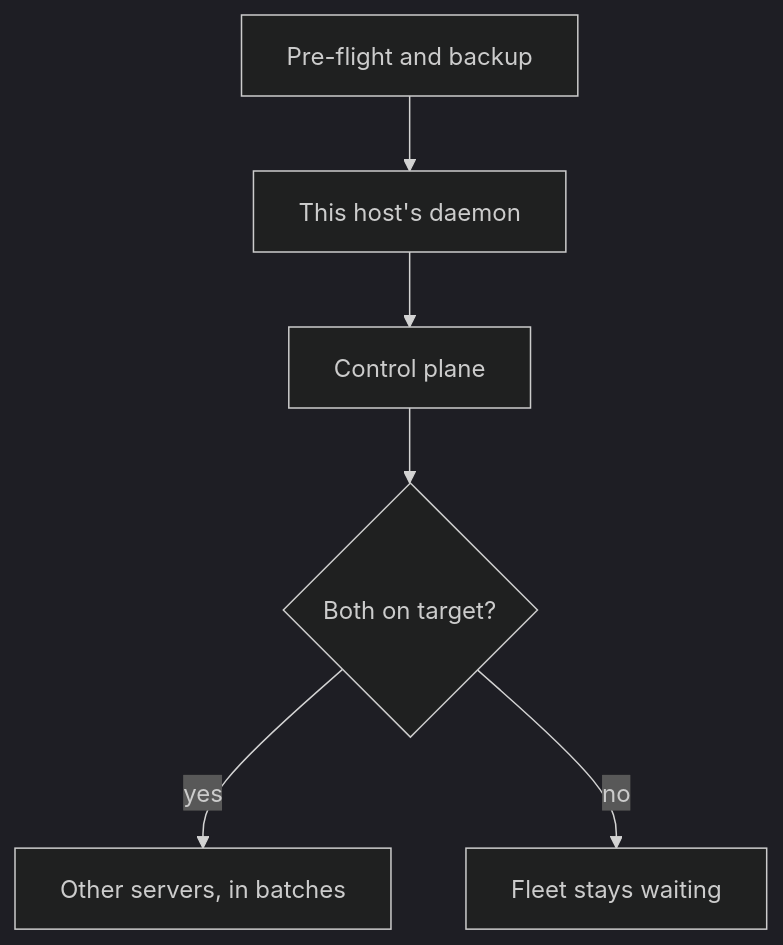
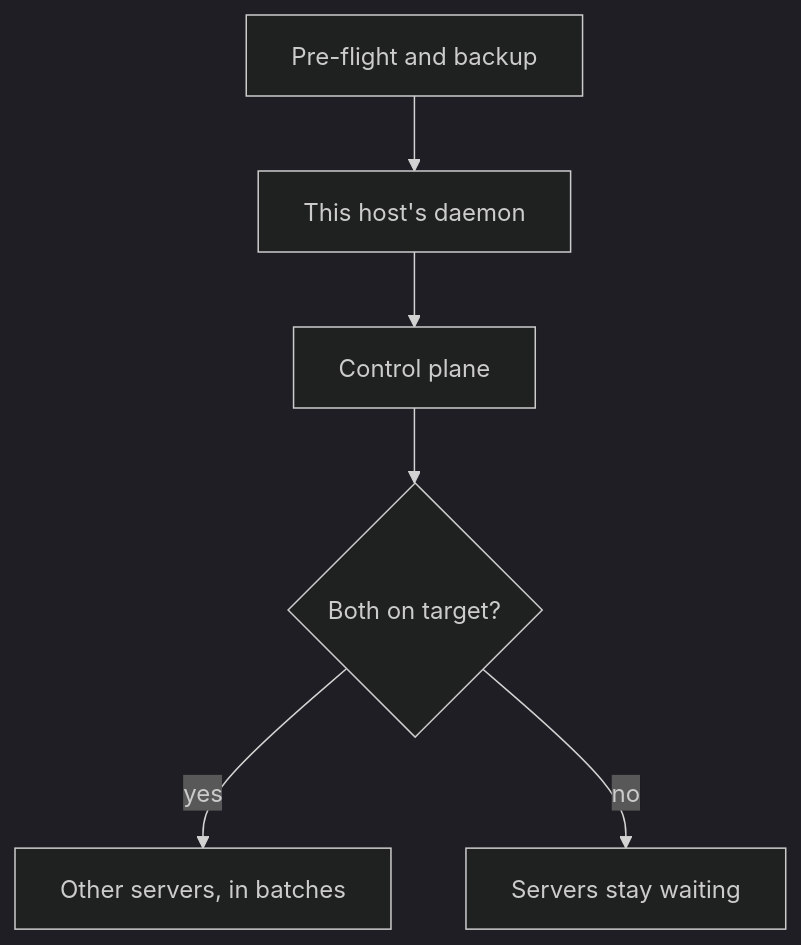
Before and after one commit to TurboPanel/website: the diagram in docs/deployment/upgrade.mdx, drawn with Mermaid (dark theme). The commit also changed other lines of this file and 3 other files, not shown here.

````diff
--- a/docs/deployment/upgrade.mdx
+++ b/docs/deployment/upgrade.mdx
@@ -32,8 +32,8 @@
 ```mermaid
 graph TD
     A[Pre-flight and backup] --> B[This host's daemon]
     B --> C[Control plane]
     C --> D{Both on target?}
     D -->|yes| E[Other servers, in batches]
-    D -->|no| F[Fleet stays waiting]
+    D -->|no| F[Servers stay waiting]
 ```
````
